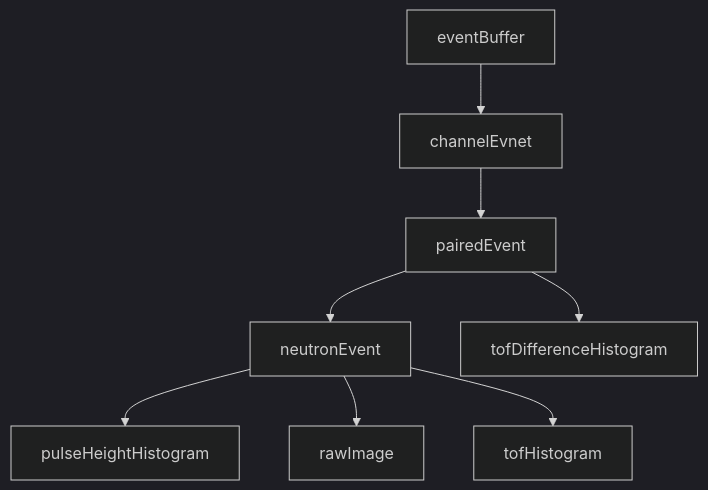
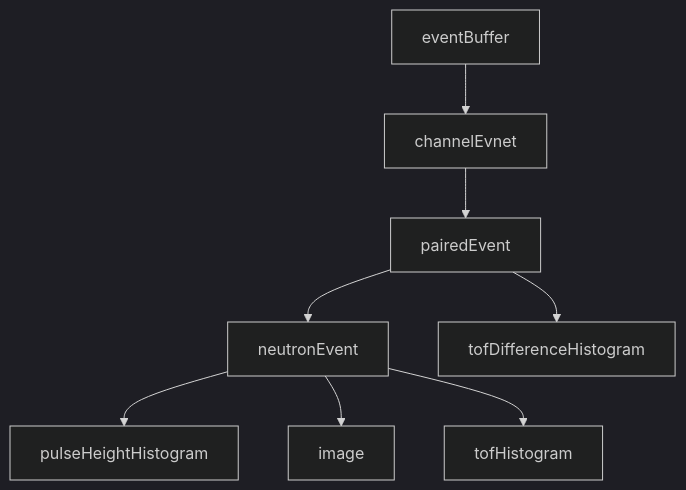
The diagram in edr-table/README.md (KaoruTaketani/DAQ-JS), drawn with Mermaid (dark theme) before and after one commit. The commit also changed 15 other files, not shown here.

Commit message:
renamed rawImage by image

````diff
--- a/edr-table/README.md
+++ b/edr-table/README.md
@@ -2,10 +2,10 @@
 ```mermaid
 graph TD;
     eventBuffer-->channelEvnet;
     channelEvnet-->pairedEvent;
     pairedEvent-->neutronEvent;
     pairedEvent-->tofDifferenceHistogram;
     neutronEvent-->pulseHeightHistogram;
-    neutronEvent-->rawImage;
+    neutronEvent-->image;
     neutronEvent-->tofHistogram;
 ```
````
